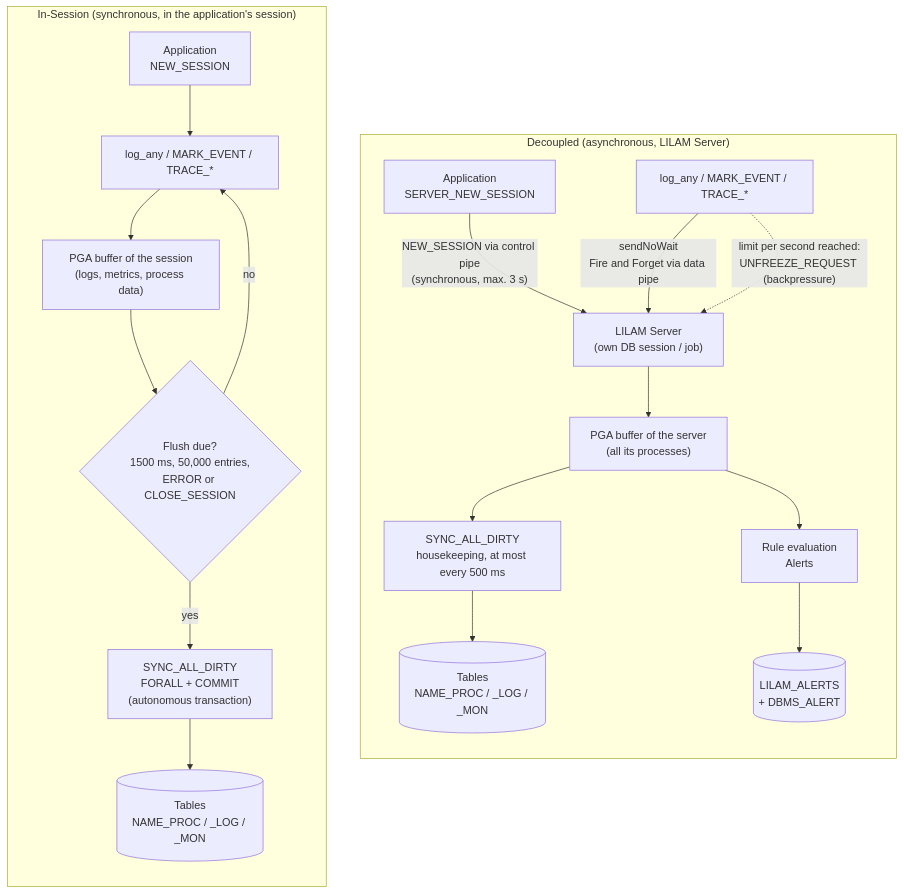
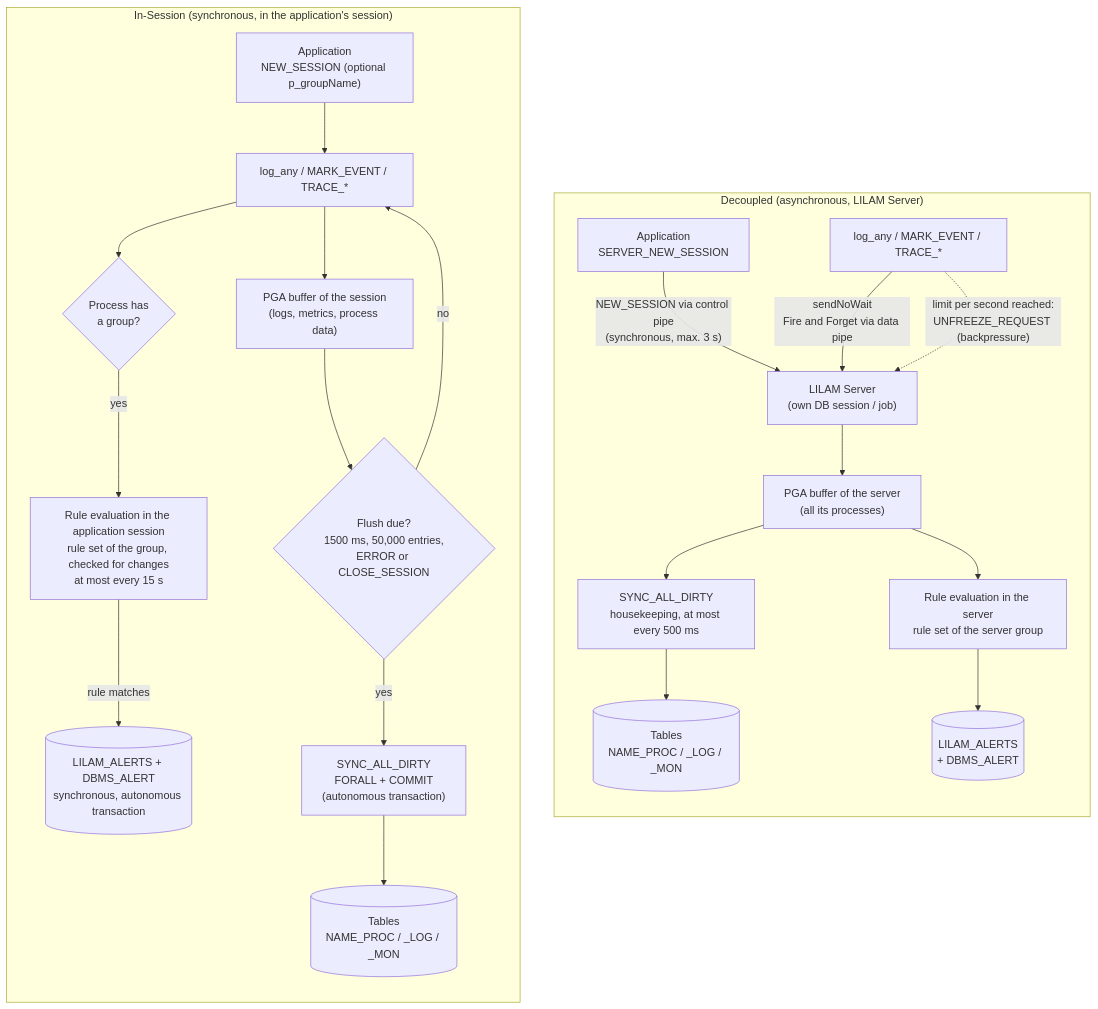
The first of 4 diagrams in docs/architecture and concepts.md (dirkgermany/LILAM), drawn with Mermaid before and after one commit. The commit also changed other lines of this file, not shown here.

Commit message:
Doku: Diagramm In-Session/Decoupled um Regeln im INSESSION-Modus ergänzt

````diff
--- a/docs/architecture and concepts.md
+++ b/docs/architecture and concepts.md
@@ -269,26 +269,29 @@
 ```mermaid
 flowchart LR
     subgraph INS ["In-Session (synchronous, in the application's session)"]
         direction TB
-        A1["Application<br/>NEW_SESSION"] --> B1["log_any / MARK_EVENT / TRACE_*"]
+        A1["Application<br/>NEW_SESSION (optional p_groupName)"] --> B1["log_any / MARK_EVENT / TRACE_*"]
         B1 --> C1["PGA buffer of the session<br/>(logs, metrics, process data)"]
+        B1 --> G1{"Process has<br/>a group?"}
+        G1 -- yes --> R1["Rule evaluation in the application session<br/>rule set of the group, checked for changes<br/>at most every 15 s"]
+        R1 -- "rule matches" --> AL1[("LILAM_ALERTS + DBMS_ALERT<br/>synchronous, autonomous transaction")]
         C1 --> D1{"Flush due?<br/>1500 ms, 50,000 entries,<br/>ERROR or CLOSE_SESSION"}
         D1 -- yes --> E1["SYNC_ALL_DIRTY<br/>FORALL + COMMIT<br/>(autonomous transaction)"]
         D1 -- no --> B1
         E1 --> T1[("Tables<br/>NAME_PROC / _LOG / _MON")]
     end
 
     subgraph DEC ["Decoupled (asynchronous, LILAM Server)"]
         direction TB
         A2["Application<br/>SERVER_NEW_SESSION"] -- "NEW_SESSION via control pipe<br/>(synchronous, max. 3 s)" --> S2
         B2["log_any / MARK_EVENT / TRACE_*"] -- "sendNoWait<br/>Fire and Forget via data pipe" --> S2["LILAM Server<br/>(own DB session / job)"]
         B2 -. "limit per second reached:<br/>UNFREEZE_REQUEST (backpressure)" .-> S2
         S2 --> C2["PGA buffer of the server<br/>(all its processes)"]
-        C2 --> R2["Rule evaluation<br/>Alerts"]
+        C2 --> R2["Rule evaluation in the server<br/>rule set of the server group"]
         C2 --> E2["SYNC_ALL_DIRTY<br/>housekeeping, at most every 500 ms"]
         E2 --> T2[("Tables<br/>NAME_PROC / _LOG / _MON")]
         R2 --> AL[("LILAM_ALERTS<br/>+ DBMS_ALERT")]
     end
 
     INS ~~~ DEC
 ```
````
